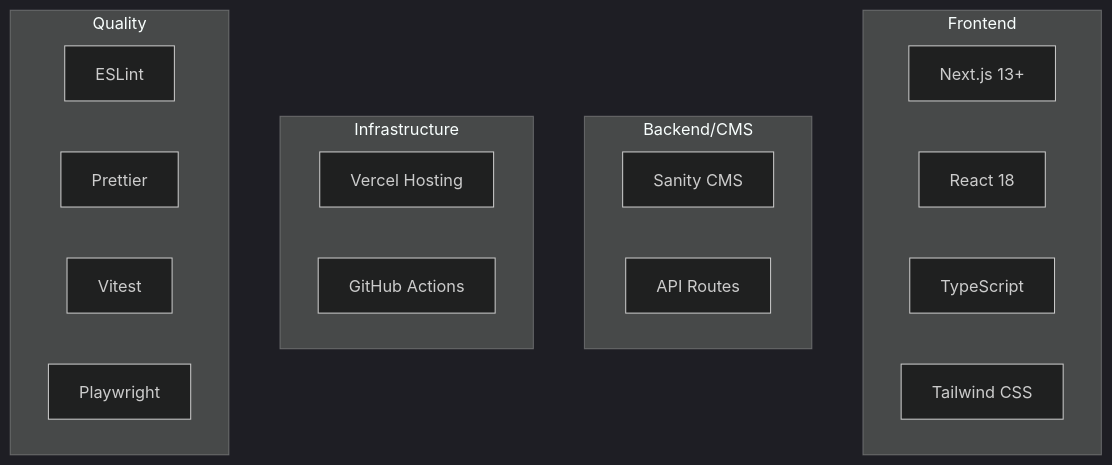
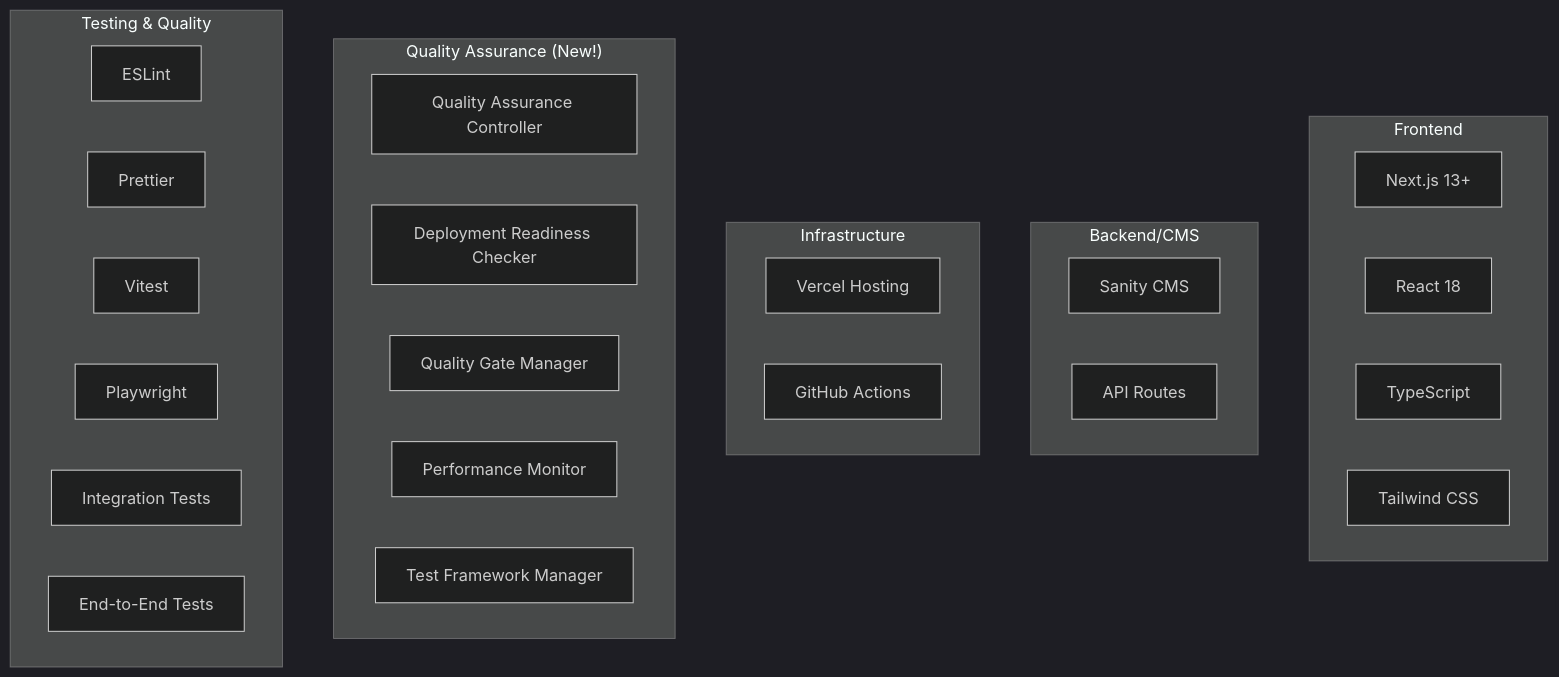
Before and after one commit to Ryotaverse69/suptia-kiro: the diagram in docs/ONBOARDING.md, drawn with Mermaid (dark theme). The commit also changed other lines of this file and 257 other files, not shown here.

````diff
--- a/docs/ONBOARDING.md
+++ b/docs/ONBOARDING.md
@@ -163,26 +172,36 @@
 ```mermaid
 graph TB
     subgraph "Frontend"
         Next[Next.js 13+]
         React[React 18]
         TS[TypeScript]
         Tailwind[Tailwind CSS]
     end
 
     subgraph "Backend/CMS"
         Sanity[Sanity CMS]
         API[API Routes]
     end
 
     subgraph "Infrastructure"
         Vercel[Vercel Hosting]
         GitHub[GitHub Actions]
     end
 
-    subgraph "Quality"
+    subgraph "Quality Assurance (New!)"
+        QAC[Quality Assurance Controller]
+        DRC[Deployment Readiness Checker]
+        QGM[Quality Gate Manager]
+        PM[Performance Monitor]
+        TFM[Test Framework Manager]
+    end
+
+    subgraph "Testing & Quality"
         ESLint[ESLint]
         Prettier[Prettier]
         Vitest[Vitest]
         Playwright[Playwright]
+        ITS[Integration Tests]
+        E2E[End-to-End Tests]
     end
 ```
````
